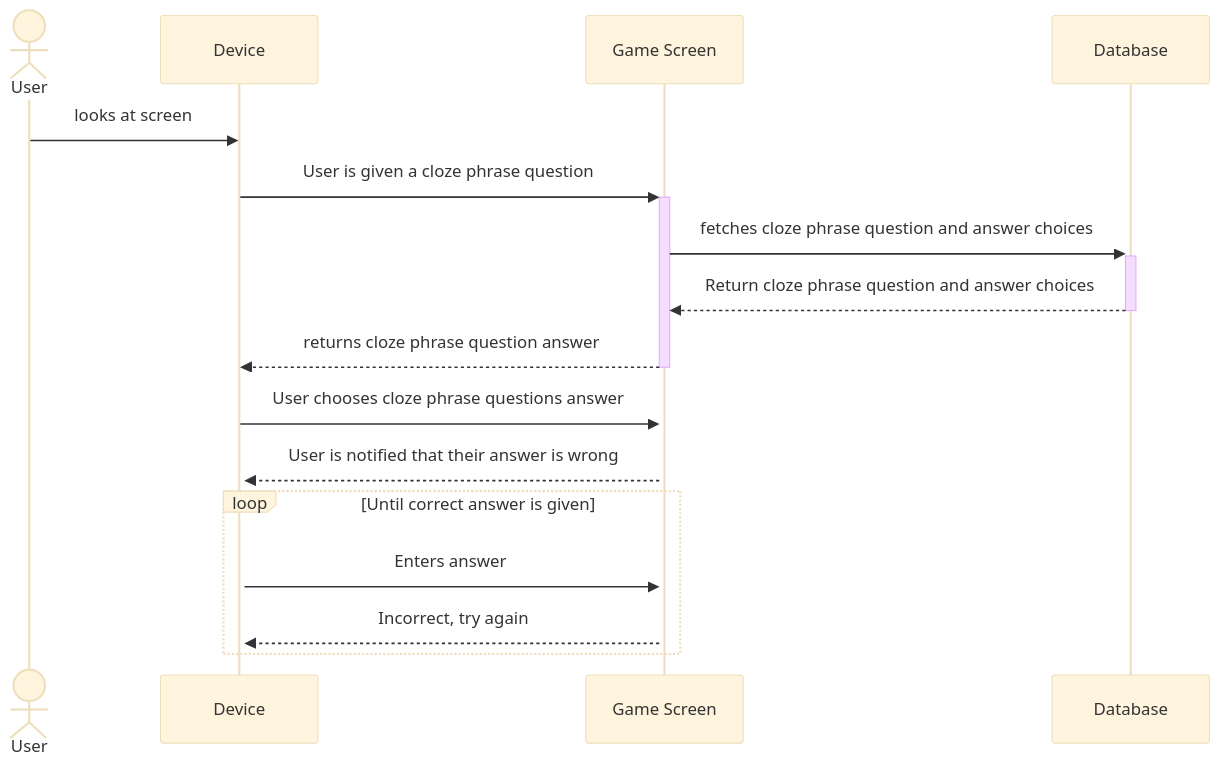
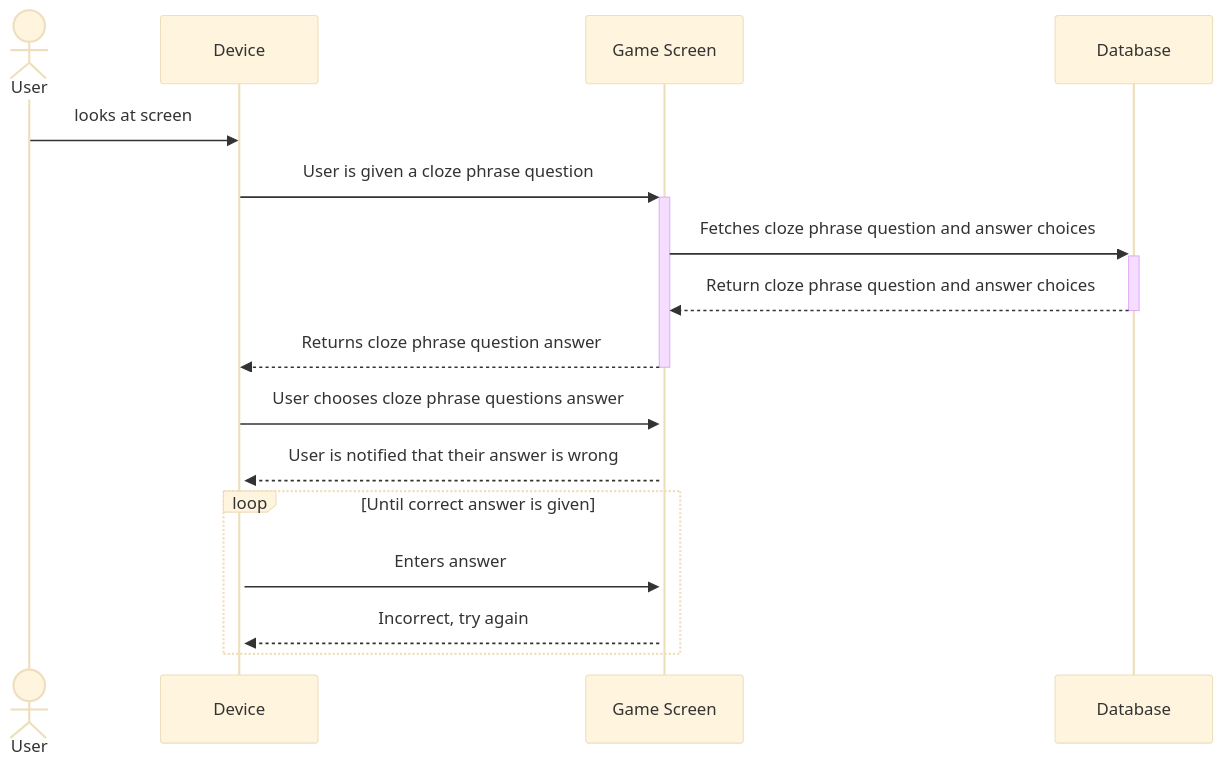
One commit to henryschoemer/project-aac-game-team-b_bugfix_team6 changed the fifth of 7 diagrams in documentation/docs/requirements/use-case-descriptions.md. Above: the diagram before and after it, drawn with Mermaid (base theme). The commit also changed other lines of this file, not shown here.

Commit message:
Added usecase 4 sequence diagram, fixed some formatting

````diff
--- a/documentation/docs/requirements/use-case-descriptions.md
+++ b/documentation/docs/requirements/use-case-descriptions.md
@@ -91,23 +108,23 @@
 ```mermaid
 sequenceDiagram 
     actor User
     participant D as Device
     participant GR as Game Screen
     participant Database
 
 
 
 
     User ->> D: looks at screen 
     D ->>+ GR: User is given a cloze phrase question
-    GR ->>+ Database: fetches cloze phrase question and answer choices
+    GR ->>+ Database: Fetches cloze phrase question and answer choices
     Database -->>- GR: Return cloze phrase question and answer choices
-    GR -->>- D: returns cloze phrase question answer
+    GR -->>- D: Returns cloze phrase question answer
 
     D ->>+ GR: User chooses cloze phrase questions answer 
     GR -->>+ D: User is notified that their answer is wrong
     loop Until correct answer is given
         D->>GR :Enters answer
         GR-->>D: Incorrect, try again
     end
 ```    
````
